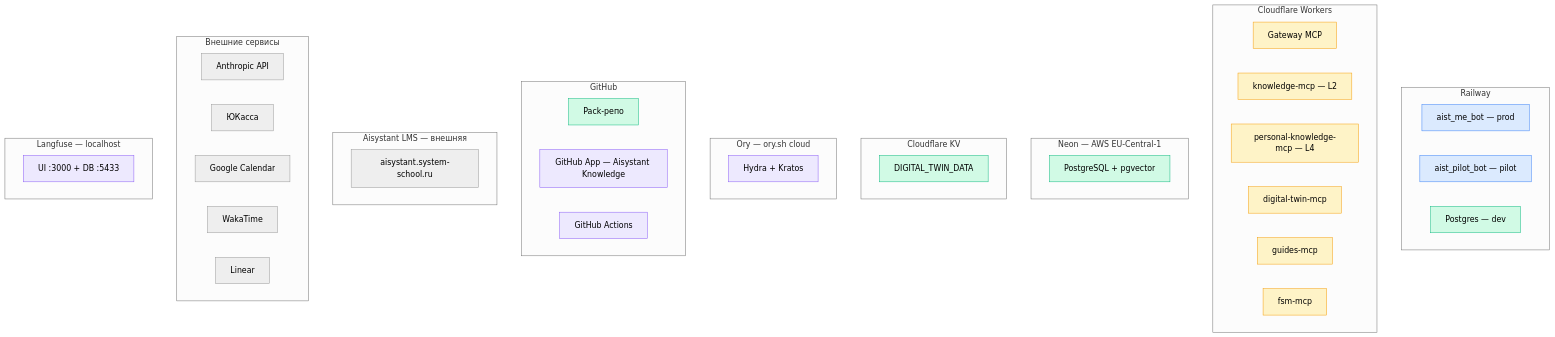
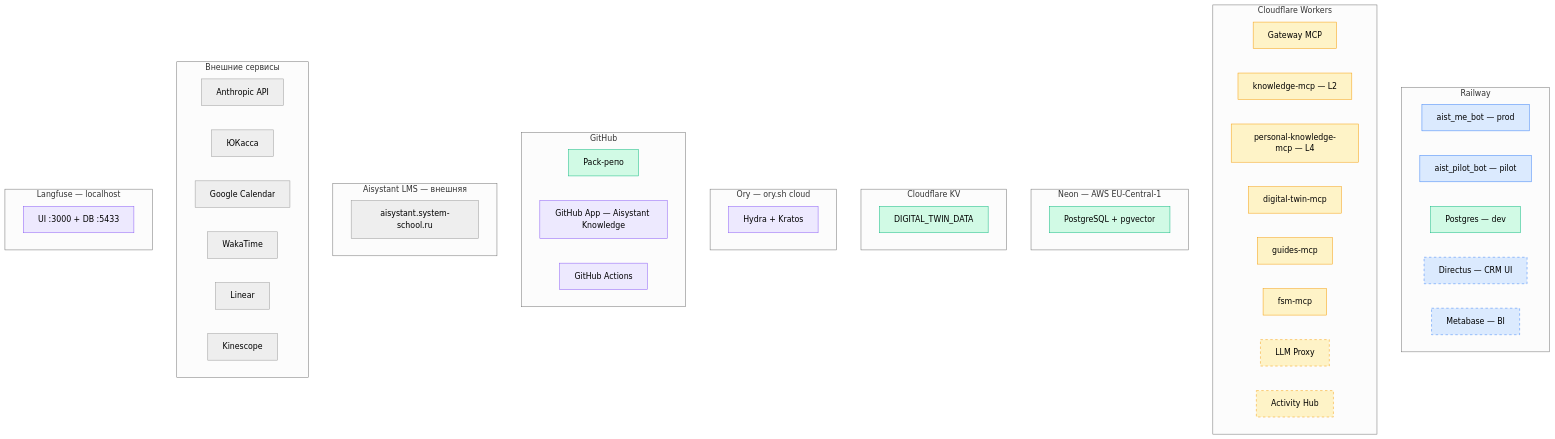
Before and after one commit to TserenTserenov/DS-ecosystem-development: the first of 3 diagrams in C.IT-Platform/C2.IT-Platform/C2.2.Architecture/Stack-and-Infrastructure/deployment.md, drawn with Mermaid (neutral theme). The commit also changed other lines of this file, not shown here.

First line of the commit message:
feat(WP-159): добавить планируемые компоненты пунктиром на диаграммы

````diff
--- a/C.IT-Platform/C2.IT-Platform/C2.2.Architecture/Stack-and-Infrastructure/deployment.md
+++ b/C.IT-Platform/C2.IT-Platform/C2.2.Architecture/Stack-and-Infrastructure/deployment.md
@@ -15,68 +16,77 @@
 ```mermaid
 graph TB
     subgraph RAILWAY["Railway"]
         BOT["aist_me_bot — prod"]
         PILOT["aist_pilot_bot — pilot"]
         PG_DEV["Postgres — dev"]
+        DIRECTUS["Directus — CRM UI"]
+        METABASE["Metabase — BI"]
     end
 
     subgraph CF["Cloudflare Workers"]
         GW["Gateway MCP"]
         KN["knowledge-mcp — L2"]
         PKN["personal-knowledge-mcp — L4"]
         DT["digital-twin-mcp"]
         GU["guides-mcp"]
         FSM["fsm-mcp"]
+        LLM_PROXY["LLM Proxy"]
+        ACTIVITY["Activity Hub"]
     end
 
     subgraph NEON["Neon — AWS EU-Central-1"]
         DB["PostgreSQL + pgvector"]
     end
 
     subgraph CF_KV["Cloudflare KV"]
         KV["DIGITAL_TWIN_DATA"]
     end
 
     subgraph ORY["Ory — ory.sh cloud"]
         ORY_SVC["Hydra + Kratos"]
     end
 
     subgraph GITHUB["GitHub"]
         REPOS["Pack-репо"]
         APP["GitHub App — Aisystant Knowledge"]
         ACTIONS["GitHub Actions"]
     end
 
     subgraph LMS["Aisystant LMS — внешняя"]
         LMS_PROD["aisystant.system-school.ru"]
     end
 
     subgraph VENDORS["Внешние сервисы"]
         ANTH["Anthropic API"]
         YOOKASSA["ЮКасса"]
         GCAL["Google Calendar"]
         WAKA["WakaTime"]
         LIN["Linear"]
+        KINESCOPE["Kinescope"]
     end
 
     subgraph LANGFUSE["Langfuse — localhost"]
         LF["UI :3000 + DB :5433"]
     end
 
     style BOT fill:#dbeafe,stroke:#3b82f6
     style PILOT fill:#dbeafe,stroke:#3b82f6
     style GW fill:#fef3c7,stroke:#f59e0b
     style KN fill:#fef3c7,stroke:#f59e0b
     style PKN fill:#fef3c7,stroke:#f59e0b
     style DT fill:#fef3c7,stroke:#f59e0b
     style GU fill:#fef3c7,stroke:#f59e0b
     style FSM fill:#fef3c7,stroke:#f59e0b
     style DB fill:#d1fae5,stroke:#10b981
     style KV fill:#d1fae5,stroke:#10b981
     style PG_DEV fill:#d1fae5,stroke:#10b981
     style REPOS fill:#d1fae5,stroke:#10b981
     style ORY_SVC fill:#ede9fe,stroke:#8b5cf6
     style APP fill:#ede9fe,stroke:#8b5cf6
     style ACTIONS fill:#ede9fe,stroke:#8b5cf6
     style LF fill:#ede9fe,stroke:#8b5cf6
+    style DIRECTUS fill:#dbeafe,stroke:#3b82f6,stroke-dasharray: 5 5
+    style METABASE fill:#dbeafe,stroke:#3b82f6,stroke-dasharray: 5 5
+    style LLM_PROXY fill:#fef3c7,stroke:#f59e0b,stroke-dasharray: 5 5
+    style ACTIVITY fill:#fef3c7,stroke:#f59e0b,stroke-dasharray: 5 5
 ```
````
